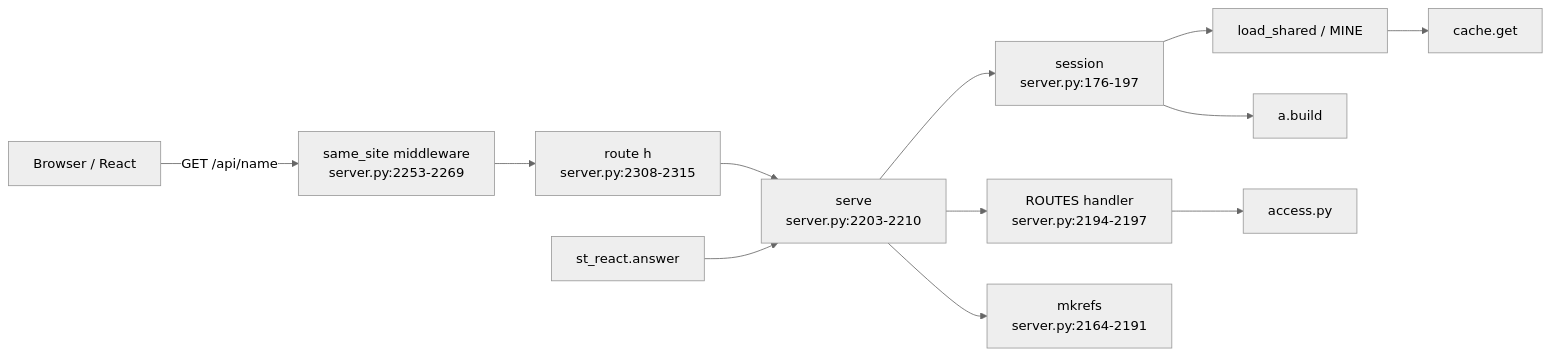
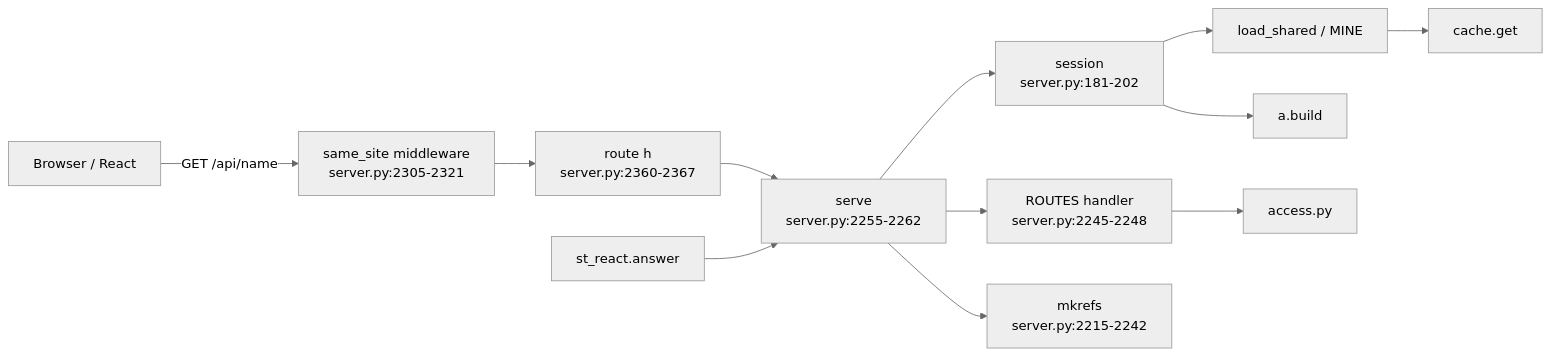
One commit to darshanmeel/snowflake-access-explorer changed the first of 2 diagrams in snowflake-access-explorer-knowledge-graph/modules/server.md. Above: the diagram before and after it, drawn with Mermaid (neutral theme). The commit also changed other lines of this file and 106 other files, not shown here.

First line of the commit message:
Docs and knowledge graph for Activity; setup verify expects 11 tables

````diff
--- a/snowflake-access-explorer-knowledge-graph/modules/server.md
+++ b/snowflake-access-explorer-knowledge-graph/modules/server.md
@@ -5,14 +6,14 @@
 ```mermaid
 flowchart LR
-  B[Browser / React] -->|GET /api/name| MW[same_site middleware<br/>server.py:2253-2269]
-  MW --> R[route h<br/>server.py:2308-2315]
-  R --> SV[serve<br/>server.py:2203-2210]
-  SV --> SE[session<br/>server.py:176-197]
+  B[Browser / React] -->|GET /api/name| MW[same_site middleware<br/>server.py:2305-2321]
+  MW --> R[route h<br/>server.py:2360-2367]
+  R --> SV[serve<br/>server.py:2255-2262]
+  SV --> SE[session<br/>server.py:181-202]
   SE --> LS[load_shared / MINE]
   LS --> C[cache.get]
   SE --> AB[a.build]
-  SV --> H[ROUTES handler<br/>server.py:2194-2197]
+  SV --> H[ROUTES handler<br/>server.py:2245-2248]
   H --> A[access.py]
-  SV --> MK[mkrefs<br/>server.py:2164-2191]
+  SV --> MK[mkrefs<br/>server.py:2215-2242]
   ST[st_react.answer] --> SV
 ```
````
